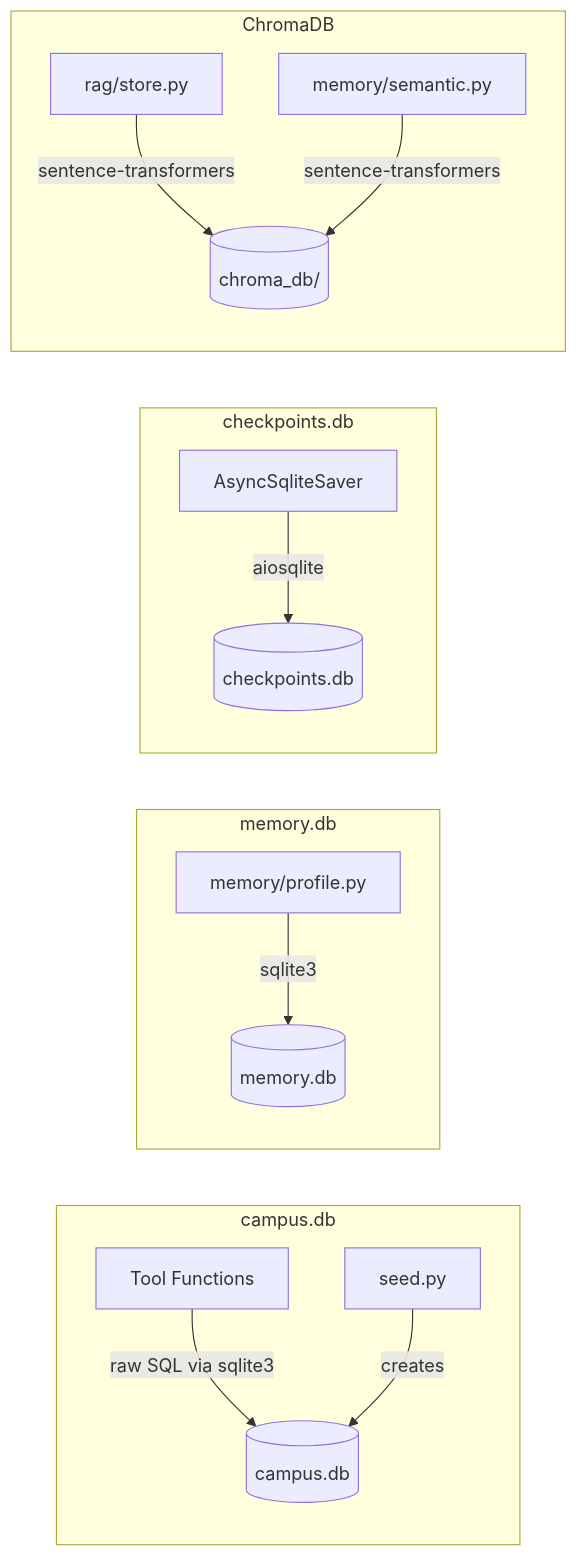
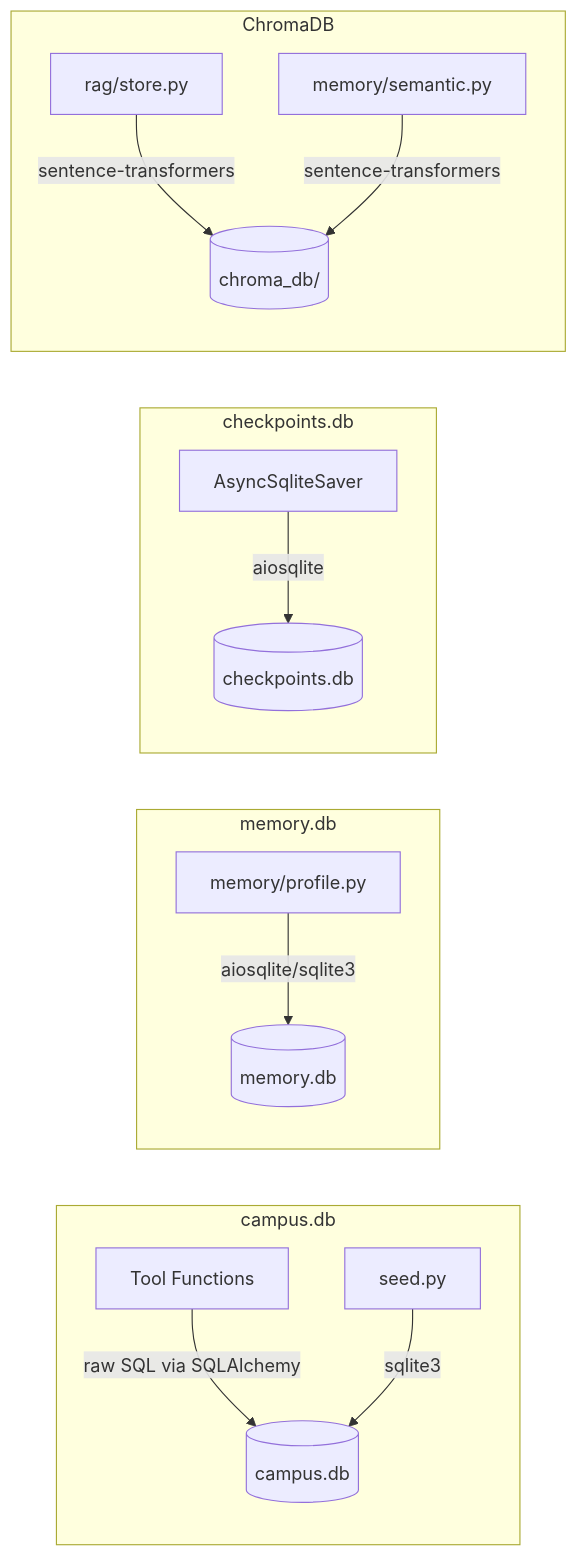
The first of 2 diagrams in DATABASE.md (abhi6241/Sutra), drawn with Mermaid before and after one commit. The commit also changed other lines of this file and 4 other files, not shown here.

First line of the commit message:
docs: align architecture docs with actual LLM router, mock-LLM removal, and tool behavior

````diff
--- a/DATABASE.md
+++ b/DATABASE.md
@@ -17,20 +17,20 @@
 ```mermaid
 graph LR
     subgraph "campus.db"
-        Tools[Tool Functions] -->|raw SQL via sqlite3| CampusDB[(campus.db)]
-        Seed[seed.py] -->|creates| CampusDB
+        Tools[Tool Functions] -->|raw SQL via SQLAlchemy| CampusDB[(campus.db)]
+        Seed[seed.py] -->|sqlite3| CampusDB
     end
 
     subgraph "memory.db"
-        Profile[memory/profile.py] -->|sqlite3| MemDB[(memory.db)]
+        Profile[memory/profile.py] -->|aiosqlite/sqlite3| MemDB[(memory.db)]
     end
 
     subgraph "checkpoints.db"
         Checkpointer[AsyncSqliteSaver] -->|aiosqlite| CPDB[(checkpoints.db)]
     end
 
     subgraph "ChromaDB"
         RAG[rag/store.py] -->|sentence-transformers| Chroma[(chroma_db/)]
         Semantic[memory/semantic.py] -->|sentence-transformers| Chroma
     end
 ```
````
